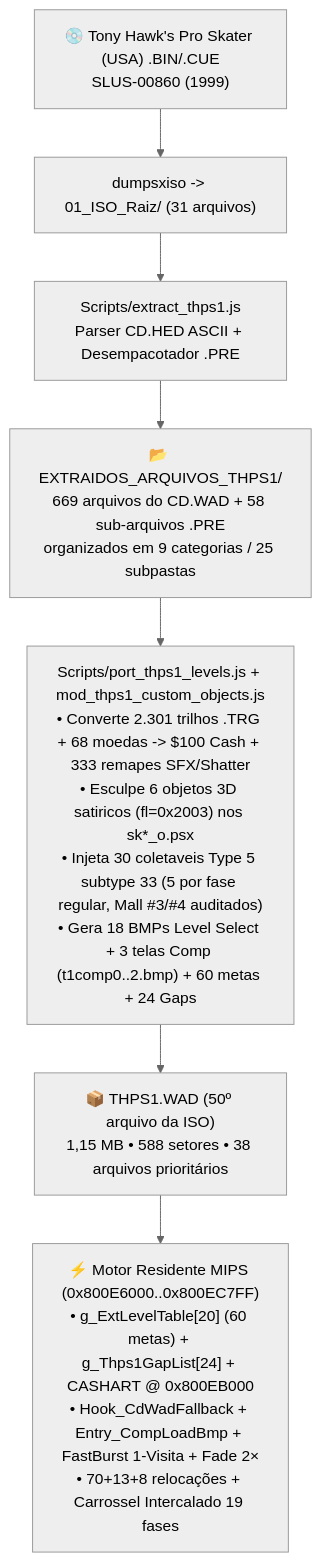
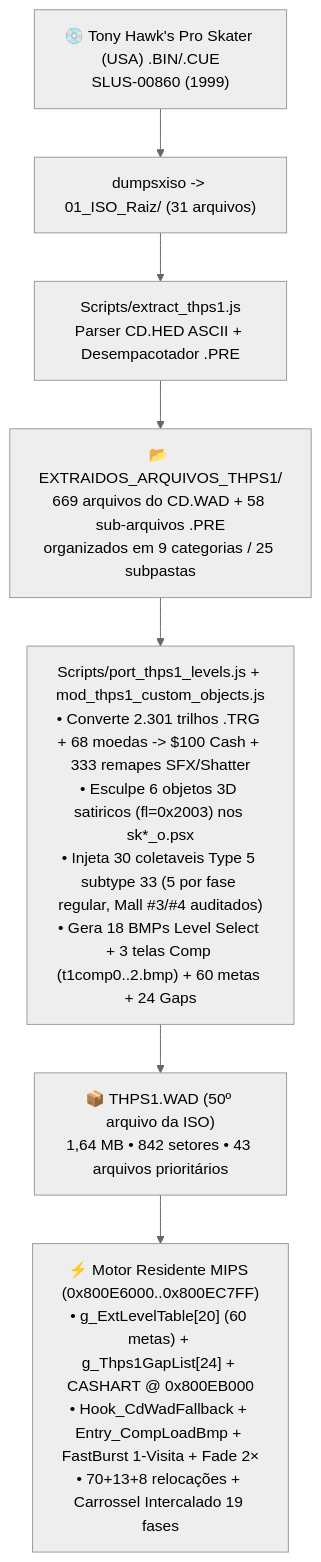
Before and after one commit to WagnerxOliveira/Tony_Hawk-s_Pro_Skater_2_Mod_PSX: the diagram in Docs/MAPA_14_THPS1_ARQUIVOS_E_ENGENHARIA_REVERSA.md, drawn with Mermaid (neutral theme). The commit also changed other lines of this file and 10 other files, not shown here.

````diff
--- a/Docs/MAPA_14_THPS1_ARQUIVOS_E_ENGENHARIA_REVERSA.md
+++ b/Docs/MAPA_14_THPS1_ARQUIVOS_E_ENGENHARIA_REVERSA.md
@@ -24,9 +24,9 @@
 ```mermaid
 flowchart TB
     ISO["💿 Tony Hawk's Pro Skater (USA) .BIN/.CUE<br/>SLUS-00860 (1999)"] --> DUMP["dumpsxiso -> 01_ISO_Raiz/ (31 arquivos)"]
     DUMP --> EXT["Scripts/extract_thps1.js<br/>Parser CD.HED ASCII + Desempacotador .PRE"]
     EXT --> TREE["📂 EXTRAIDOS_ARQUIVOS_THPS1/<br/>669 arquivos do CD.WAD + 58 sub-arquivos .PRE<br/>organizados em 9 categorias / 25 subpastas"]
     TREE --> PORT["Scripts/port_thps1_levels.js + mod_thps1_custom_objects.js<br/>• Converte 2.301 trilhos .TRG + 68 moedas -> $100 Cash + 333 remapes SFX/Shatter<br/>• Esculpe 6 objetos 3D satiricos (fl=0x2003) nos sk*_o.psx<br/>• Injeta 30 coletaveis Type 5 subtype 33 (5 por fase regular, Mall #3/#4 auditados)<br/>• Gera 18 BMPs Level Select + 3 telas Comp (t1comp0..2.bmp) + 60 metas + 24 Gaps"]
-    PORT --> WAD["📦 THPS1.WAD (50º arquivo da ISO)<br/>1,15 MB • 588 setores • 38 arquivos prioritários"]
+    PORT --> WAD["📦 THPS1.WAD (50º arquivo da ISO)<br/>1,64 MB • 842 setores • 43 arquivos prioritários"]
     WAD --> ENG["⚡ Motor Residente MIPS (0x800E6000..0x800EC7FF)<br/>• g_ExtLevelTable[20] (60 metas) + g_Thps1GapList[24] + CASHART @ 0x800EB000<br/>• Hook_CdWadFallback + Entry_CompLoadBmp + FastBurst 1-Visita + Fade 2×<br/>• 70+13+8 relocações + Carrossel Intercalado 19 fases"]
 ```
````
